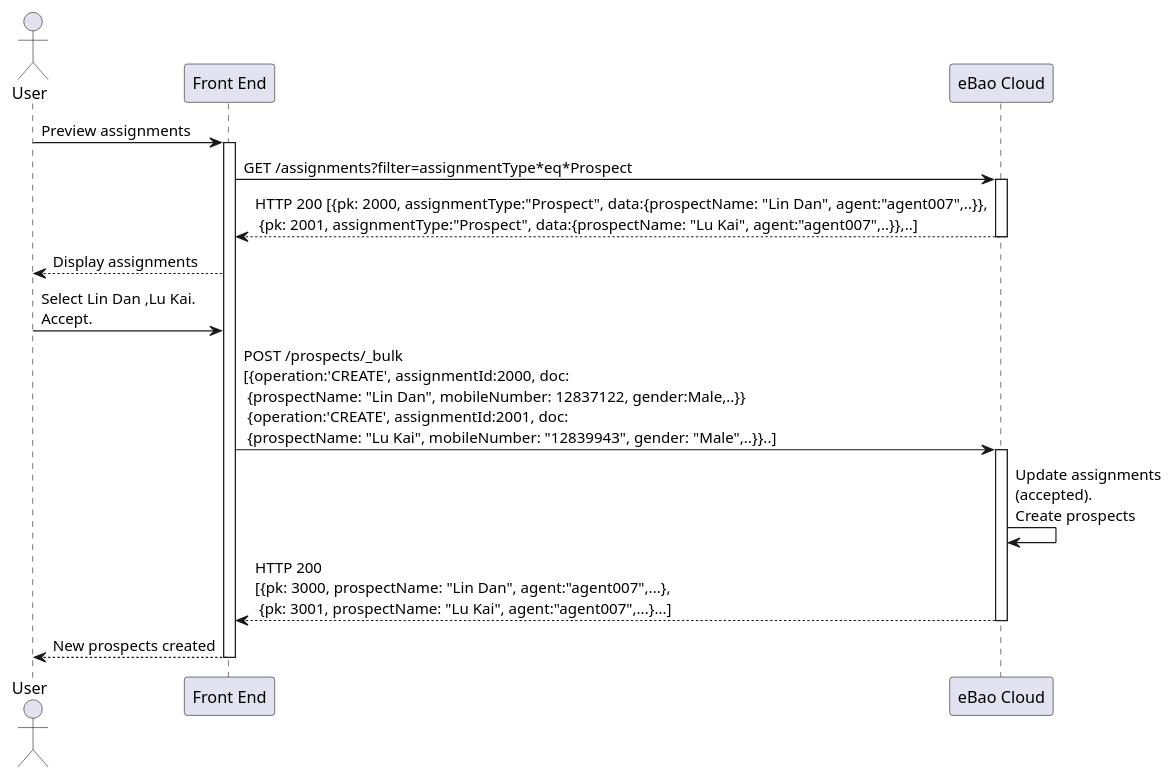
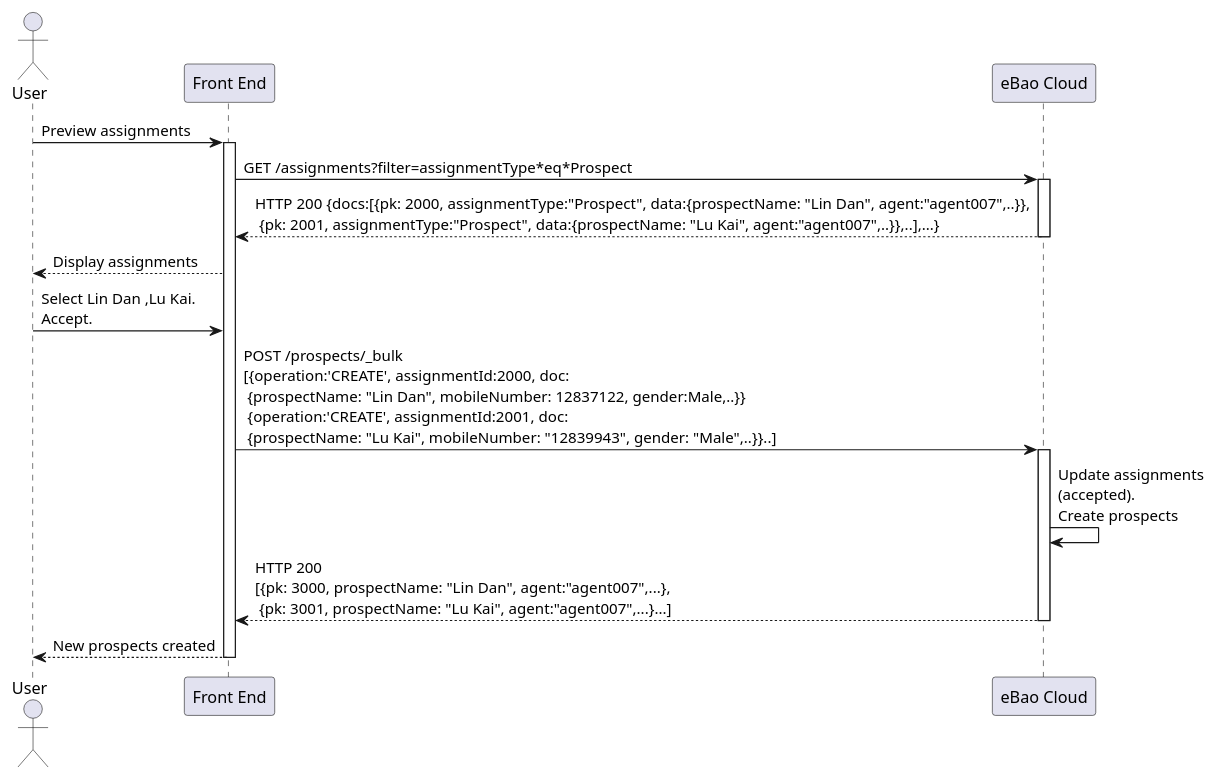
The eighth of 9 diagrams in markdown/prospects.md (yitchoong/cloudapi), drawn with PlantUML before and after one commit. The commit also changed other lines of this file and 41 other files, not shown here.

````diff
--- a/markdown/prospects.md
+++ b/markdown/prospects.md
@@ -259,23 +259,23 @@
 ```puml
 
 actor User
 participant "Front End" as F
 participant "eBao Cloud" as ebao
 
 User -> F : Preview assignments
 activate F
 F -> ebao : GET /assignments?filter=assignmentType*eq*Prospect
 activate ebao
-ebao --> F : HTTP 200 [{pk: 2000, assignmentType:"Prospect", data:{prospectName: "Lin Dan", agent:"agent007",..}},\n {pk: 2001, assignmentType:"Prospect", data:{prospectName: "Lu Kai", agent:"agent007",..}},..]
+ebao --> F : HTTP 200 {docs:[{pk: 2000, assignmentType:"Prospect", data:{prospectName: "Lin Dan", agent:"agent007",..}},\n {pk: 2001, assignmentType:"Prospect", data:{prospectName: "Lu Kai", agent:"agent007",..}},..],...}
 deactivate ebao
 F --> User : Display assignments
 User -> F : Select Lin Dan ,Lu Kai.\nAccept.
 F -> ebao: POST /prospects/_bulk \n[{operation:'CREATE', assignmentId:2000, doc: \n {prospectName: "Lin Dan", mobileNumber: 12837122, gender:Male,..}}\n {operation:'CREATE', assignmentId:2001, doc: \n {prospectName: "Lu Kai", mobileNumber: "12839943", gender: "Male",..}}..]
 activate ebao
 ebao -> ebao : Update assignments\n(accepted).\nCreate prospects
 ebao --> F : HTTP 200 \n[{pk: 3000, prospectName: "Lin Dan", agent:"agent007",...},\n {pk: 3001, prospectName: "Lu Kai", agent:"agent007",...}...]
 deactivate ebao
 F --> User: New prospects created
 deactivate F
 
 ```
````
